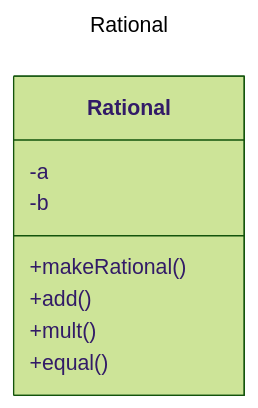
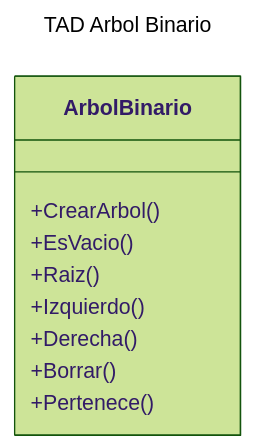
The diagram in README.md (AED1026-EDD-GC-EJ24/GHUB.java.EJ.ENoLineales.Angel-Amador), drawn with Mermaid (forest theme) before and after one commit. The commit also changed other lines of this file and 36 other files, not shown here.

````diff
--- a/README.md
+++ b/README.md
@@ -33,14 +31,16 @@
 ```mermaid
 ---
-title: Rational
+title: TAD Arbol Binario
 ---
 classDiagram
-      class Rational
-      Rational: -a
-      Rational: -b
-      Rational: +makeRational()
-      Rational: +add()
-      Rational: +mult()
-      Rational: +equal()
+      class ArbolBinario
+      ArbolBinario: +CrearArbol()
+      ArbolBinario:+EsVacio()
+      ArbolBinario: +Raiz()
+      ArbolBinario: +Izquierdo()
+      ArbolBinario: +Derecha()
+      ArbolBinario: +Borrar()
+      ArbolBinario: +Pertenece()
+
 
 ```
````
